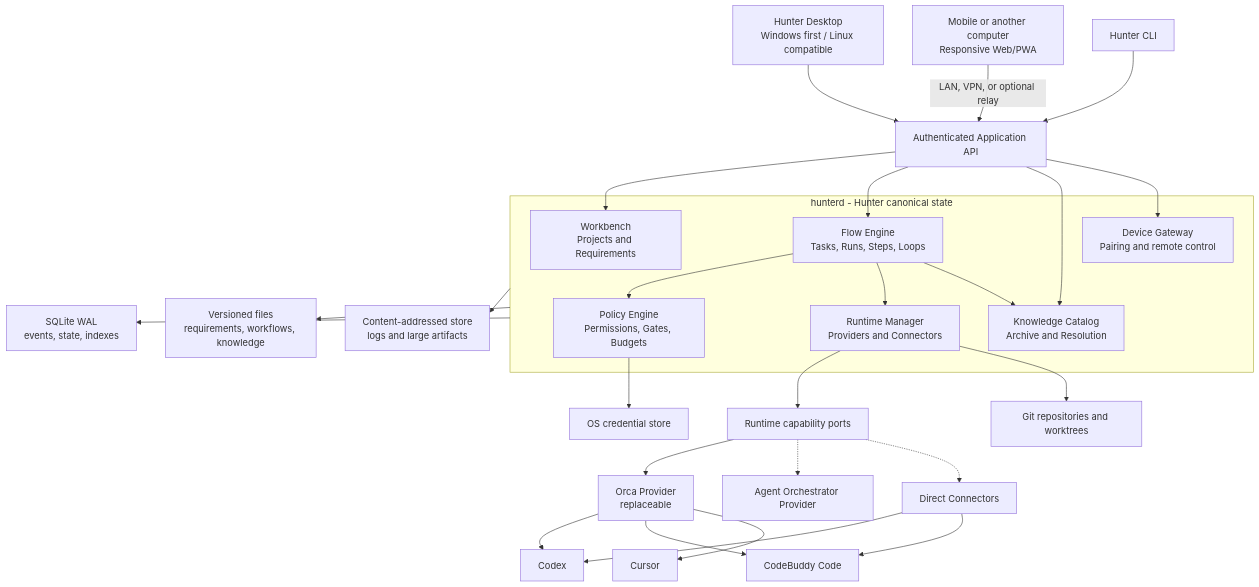
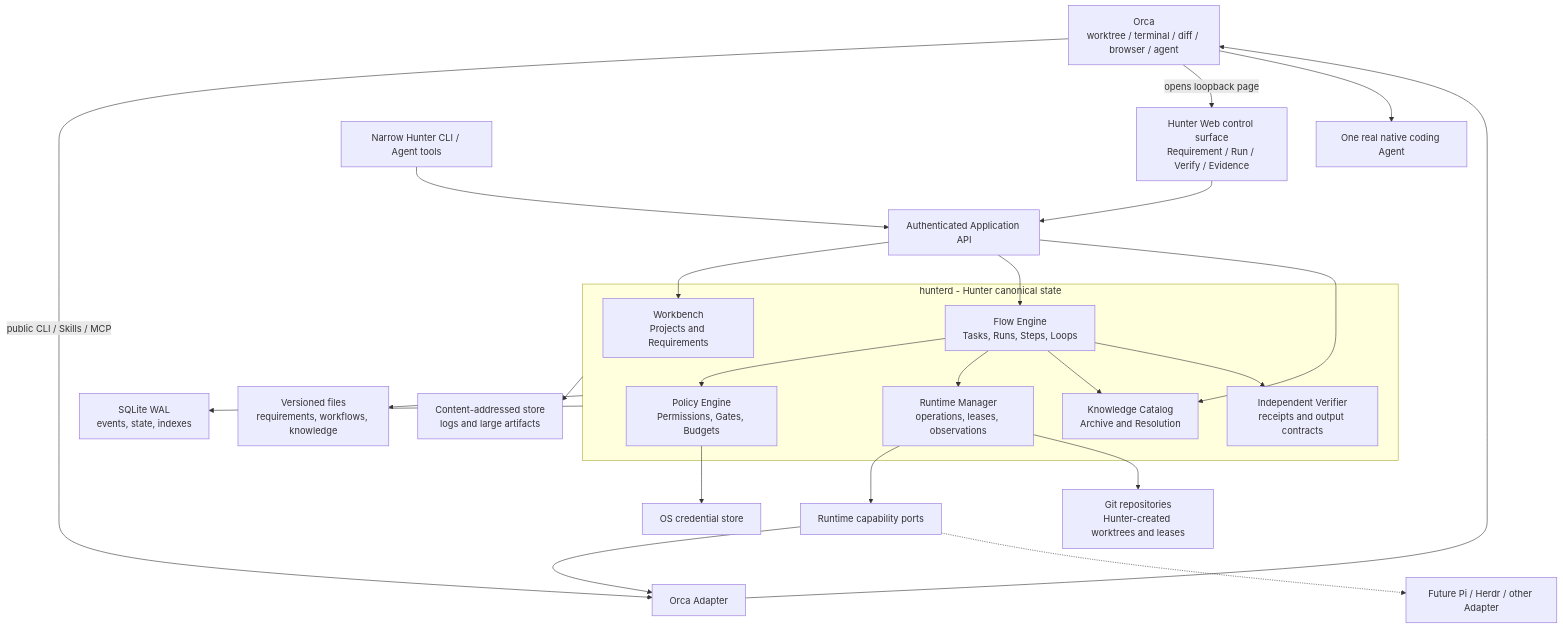
One commit to hunterzheng1/hunter-platform changed the diagram in docs/02-system-architecture.md. Above: the diagram before and after it, drawn with Mermaid. The commit also changed other lines of this file and 26 other files, not shown here.

Commit message:
架构：冻结 Orca-first 控制面交付路线

````diff
--- a/docs/02-system-architecture.md
+++ b/docs/02-system-architecture.md
@@ -11,45 +14,41 @@
 ```mermaid
 flowchart TB
-    Desktop["Hunter Desktop<br/>Windows first / Linux compatible"]
-    Mobile["Mobile or another computer<br/>Responsive Web/PWA"]
-    CLI["Hunter CLI"]
+    OrcaUI["Orca<br/>worktree / terminal / diff / browser / agent"]
+    Web["Hunter Web control surface<br/>Requirement / Run / Verify / Evidence"]
+    CLI["Narrow Hunter CLI / Agent tools"]
     API["Authenticated Application API"]
 
-    Desktop --> API
-    Mobile -->|"LAN, VPN, or optional relay"| API
+    OrcaUI -->|"public CLI / Skills / MCP"| Adapter["Orca Adapter"]
+    OrcaUI -->|"opens loopback page"| Web
+    Web --> API
     CLI --> API
 
     subgraph Core["hunterd - Hunter canonical state"]
         WB["Workbench<br/>Projects and Requirements"]
         Flow["Flow Engine<br/>Tasks, Runs, Steps, Loops"]
-        Runtime["Runtime Manager<br/>Providers and Connectors"]
+        Runtime["Runtime Manager<br/>operations, leases, observations"]
         Knowledge["Knowledge Catalog<br/>Archive and Resolution"]
         Policy["Policy Engine<br/>Permissions, Gates, Budgets"]
-        Gateway["Device Gateway<br/>Pairing and remote control"]
+        Verifier["Independent Verifier<br/>receipts and output contracts"]
     end
 
     API --> WB
     API --> Flow
     API --> Knowledge
-    API --> Gateway
     Flow --> Policy
     Flow --> Runtime
     Flow --> Knowledge
+    Flow --> Verifier
 
     Runtime --> Port["Runtime capability ports"]
-    Port --> Orca["Orca Provider<br/>replaceable"]
-    Port -.-> AO["Agent Orchestrator Provider"]
-    Port -.-> Direct["Direct Connectors"]
-
-    Orca --> Codex["Codex"]
-    Orca --> CodeBuddy["CodeBuddy Code"]
-    Orca --> Cursor["Cursor"]
-    Direct --> Codex
-    Direct --> CodeBuddy
+    Port --> Adapter
+    Adapter --> OrcaUI
+    OrcaUI --> Agent["One real native coding Agent"]
+    Port -.-> Future["Future Pi / Herdr / other Adapter"]
 
     Core --> SQLite["SQLite WAL<br/>events, state, indexes"]
     Core --> Files["Versioned files<br/>requirements, workflows, knowledge"]
     Core --> CAS["Content-addressed store<br/>logs and large artifacts"]
-    Runtime --> Git["Git repositories and worktrees"]
+    Runtime --> Git["Git repositories<br/>Hunter-created worktrees and leases"]
     Policy --> Secrets["OS credential store"]
 ```
````
